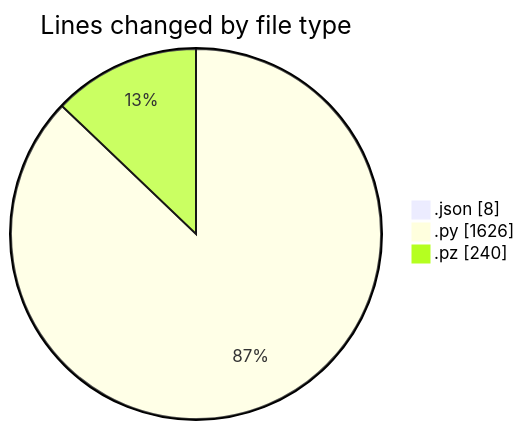
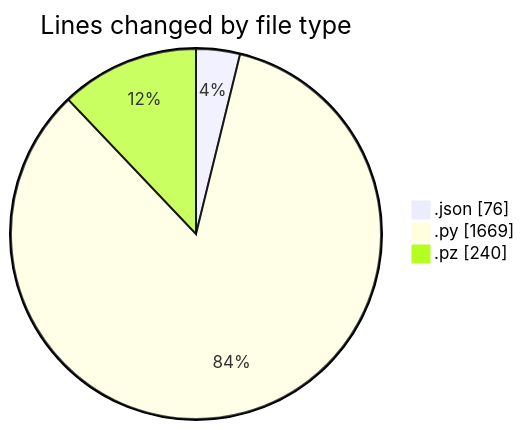
One commit to MatusMokan/code-tracking changed the first of 2 diagrams in 2025-02-18/myws__workspace_/README.md. Above: the diagram before and after it, drawn with Mermaid. The commit also changed other lines of this file and 1 other file, not shown here.

````diff
--- a/2025-02-18/myws__workspace_/README.md
+++ b/2025-02-18/myws__workspace_/README.md
@@ -26,7 +27,7 @@
 ```mermaid
 pie showData
 title Lines changed by file type
-".json" : 8
-".py" : 1626
+".json" : 76
+".py" : 1669
 ".pz" : 240
 ```
````
